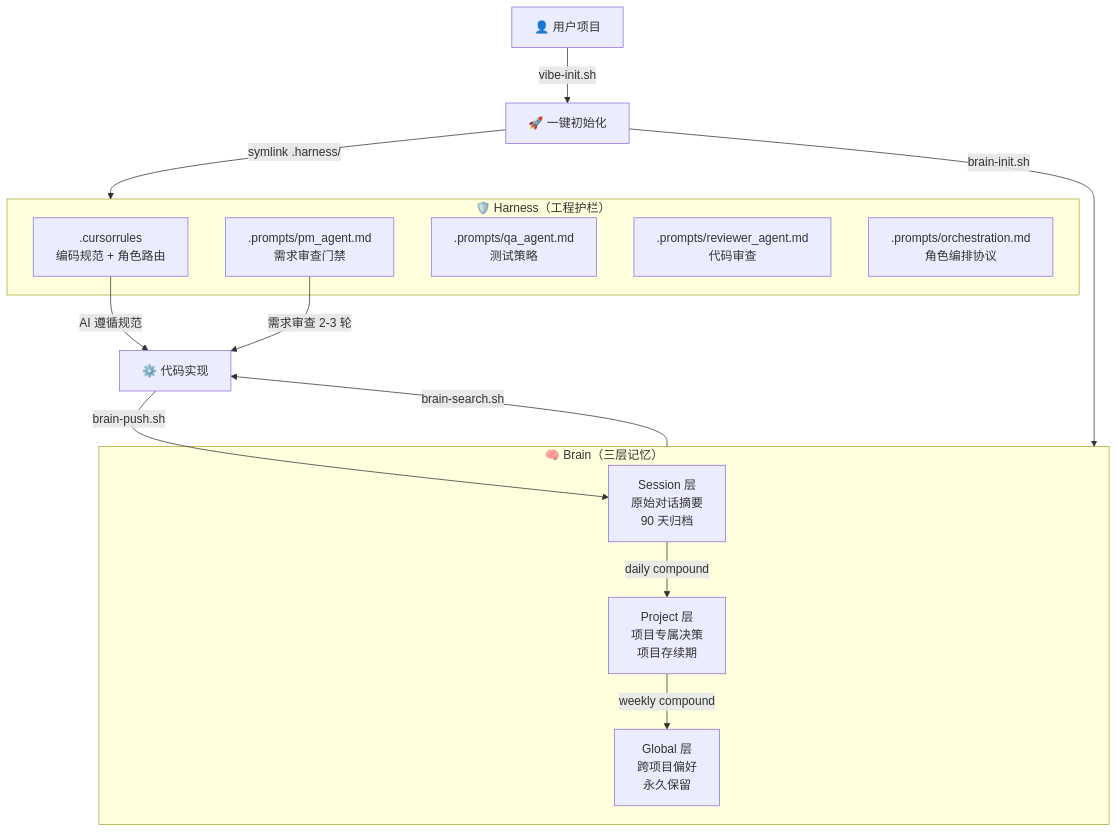
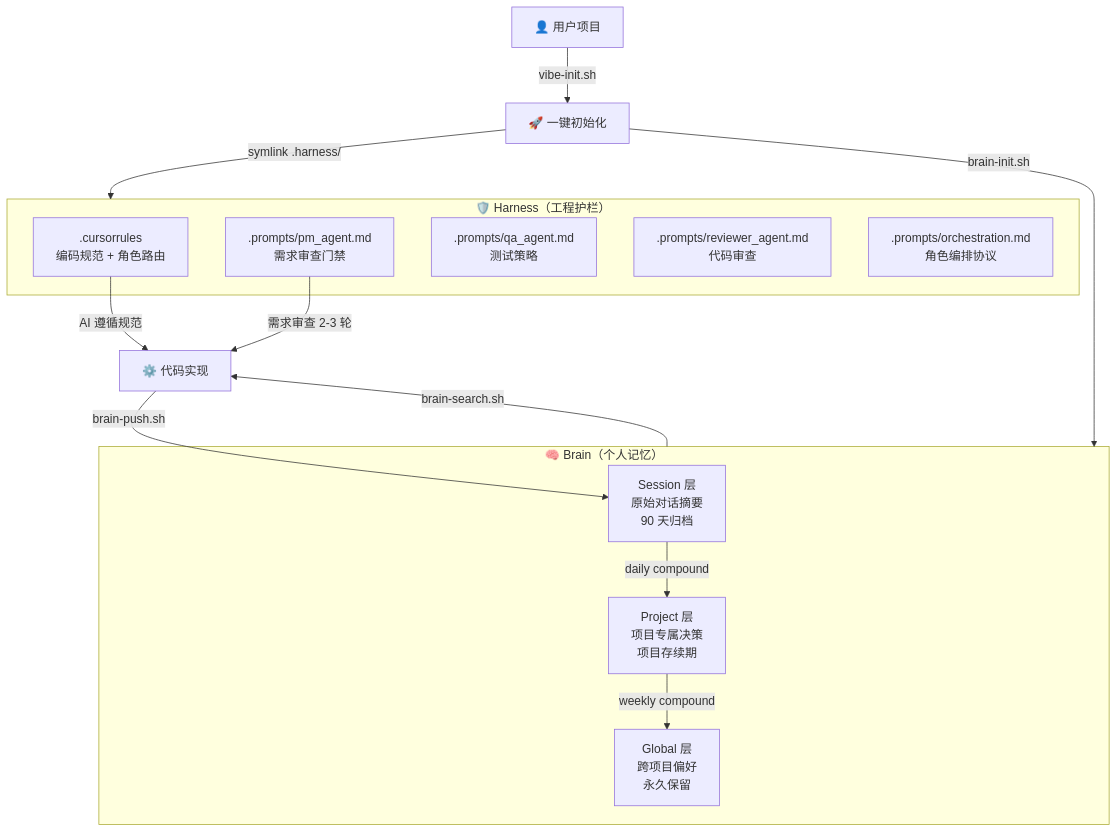
Before and after one commit to MickMi/mick_harness_rules: the diagram in README.md, drawn with Mermaid. The commit also changed other lines of this file, not shown here.

````diff
--- a/README.md
+++ b/README.md
@@ -36,27 +32,27 @@
 ```mermaid
 flowchart TD
     subgraph Harness["🛡️ Harness（工程护栏）"]
         CR[".cursorrules<br/>编码规范 + 角色路由"]
         PM[".prompts/pm_agent.md<br/>需求审查门禁"]
         QA[".prompts/qa_agent.md<br/>测试策略"]
         RV[".prompts/reviewer_agent.md<br/>代码审查"]
         OC[".prompts/orchestration.md<br/>角色编排协议"]
     end
 
-    subgraph Brain["🧠 Brain（三层记忆）"]
+    subgraph Brain["🧠 Brain（个人记忆）"]
         S["Session 层<br/>原始对话摘要<br/>90 天归档"]
         P["Project 层<br/>项目专属决策<br/>项目存续期"]
         G["Global 层<br/>跨项目偏好<br/>永久保留"]
         S -->|"daily compound"| P
         P -->|"weekly compound"| G
     end
 
     User["👤 用户项目"] -->|"vibe-init.sh"| Init["🚀 一键初始化"]
     Init -->|"symlink .harness/"| Harness
     Init -->|"brain-init.sh"| Brain
 
     CR -->|"AI 遵循规范"| Code["⚙️ 代码实现"]
     PM -->|"需求审查 2-3 轮"| Code
     Brain -->|"brain-search.sh"| Code
     Code -->|"brain-push.sh"| S
 ```
````
